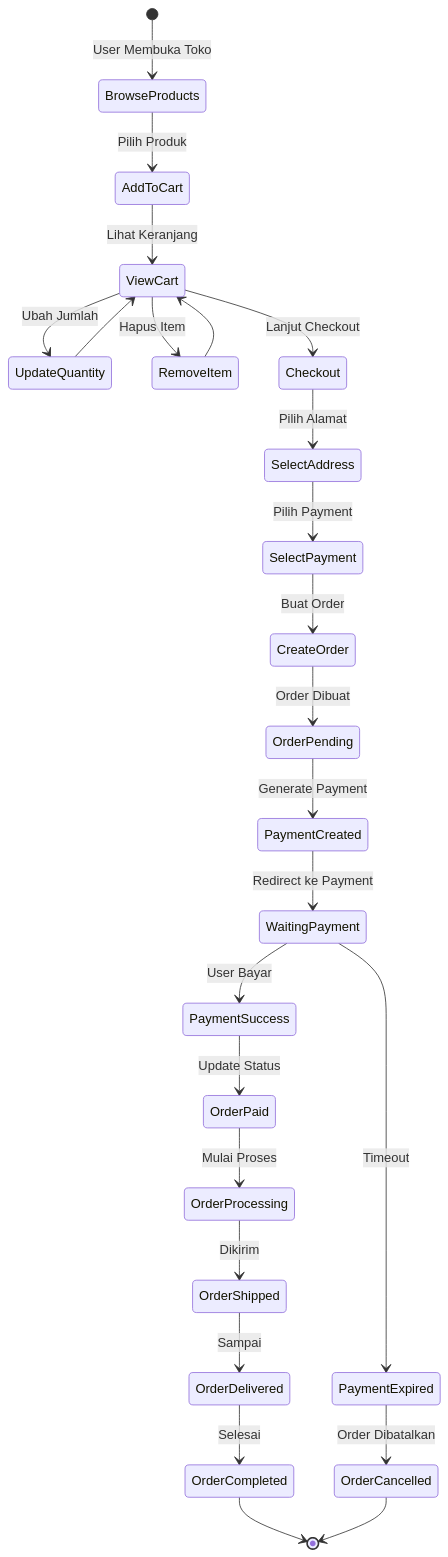
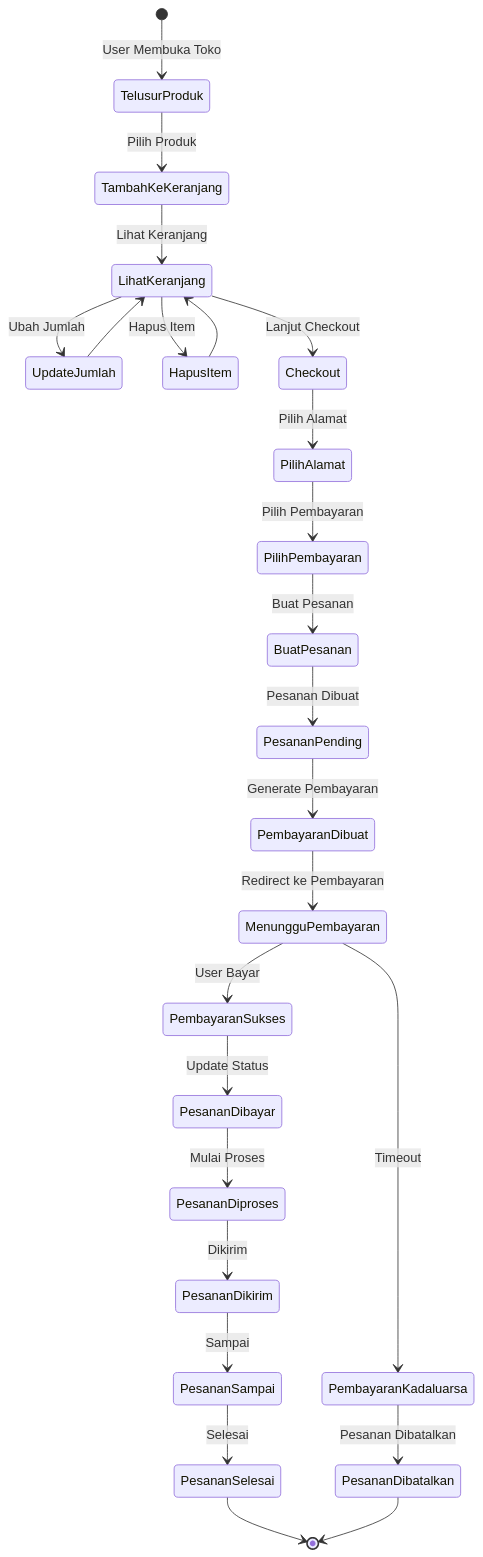
Before and after one commit to Gilbertt1214/be-toko-online-rust: the fourth of 4 diagrams in README.md, drawn with Mermaid. The commit also changed other lines of this file, not shown here.

````diff
--- a/README.md
+++ b/README.md
@@ -511,39 +721,39 @@
 ```mermaid
 stateDiagram-v2
-    [*] --> BrowseProducts: User Membuka Toko
+    [*] --> TelusurProduk: User Membuka Toko
     
-    BrowseProducts --> AddToCart: Pilih Produk
-    AddToCart --> ViewCart: Lihat Keranjang
+    TelusurProduk --> TambahKeKeranjang: Pilih Produk
+    TambahKeKeranjang --> LihatKeranjang: Lihat Keranjang
     
-    ViewCart --> UpdateQuantity: Ubah Jumlah
-    UpdateQuantity --> ViewCart
+    LihatKeranjang --> UpdateJumlah: Ubah Jumlah
+    UpdateJumlah --> LihatKeranjang
     
-    ViewCart --> RemoveItem: Hapus Item
-    RemoveItem --> ViewCart
+    LihatKeranjang --> HapusItem: Hapus Item
+    HapusItem --> LihatKeranjang
     
-    ViewCart --> Checkout: Lanjut Checkout
+    LihatKeranjang --> Checkout: Lanjut Checkout
     
-    Checkout --> SelectAddress: Pilih Alamat
-    SelectAddress --> SelectPayment: Pilih Payment
+    Checkout --> PilihAlamat: Pilih Alamat
+    PilihAlamat --> PilihPembayaran: Pilih Pembayaran
     
-    SelectPayment --> CreateOrder: Buat Order
+    PilihPembayaran --> BuatPesanan: Buat Pesanan
     
-    CreateOrder --> OrderPending: Order Dibuat
-    OrderPending --> PaymentCreated: Generate Payment
+    BuatPesanan --> PesananPending: Pesanan Dibuat
+    PesananPending --> PembayaranDibuat: Generate Pembayaran
     
-    PaymentCreated --> WaitingPayment: Redirect ke Payment
+    PembayaranDibuat --> MenungguPembayaran: Redirect ke Pembayaran
     
-    WaitingPayment --> PaymentSuccess: User Bayar
-    WaitingPayment --> PaymentExpired: Timeout
+    MenungguPembayaran --> PembayaranSukses: User Bayar
+    MenungguPembayaran --> PembayaranKadaluarsa: Timeout
     
-    PaymentSuccess --> OrderPaid: Update Status
-    OrderPaid --> OrderProcessing: Mulai Proses
-    OrderProcessing --> OrderShipped: Dikirim
-    OrderShipped --> OrderDelivered: Sampai
-    OrderDelivered --> OrderCompleted: Selesai
+    PembayaranSukses --> PesananDibayar: Update Status
+    PesananDibayar --> PesananDiproses: Mulai Proses
+    PesananDiproses --> PesananDikirim: Dikirim
+    PesananDikirim --> PesananSampai: Sampai
+    PesananSampai --> PesananSelesai: Selesai
     
-    PaymentExpired --> OrderCancelled: Order Dibatalkan
+    PembayaranKadaluarsa --> PesananDibatalkan: Pesanan Dibatalkan
     
-    OrderCompleted --> [*]
-    OrderCancelled --> [*]
+    PesananSelesai --> [*]
+    PesananDibatalkan --> [*]
 ```
````
